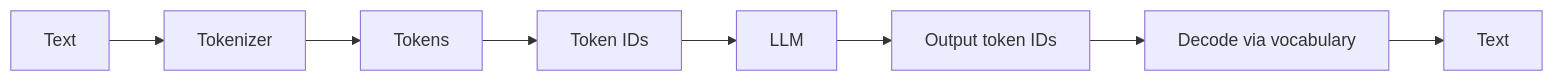
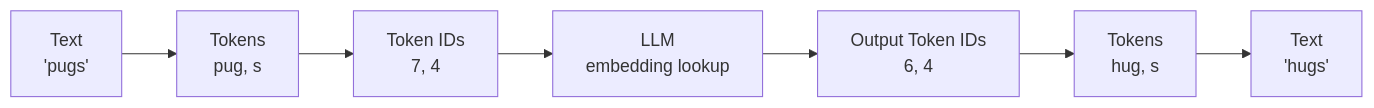
Before and after one commit to kaisarnajar/outcome-school-blogs: the first of 2 diagrams in notes/step-03-generative-ai-and-the-transformer-architecture/048-tokenization-in-llms.md, drawn with Mermaid. The commit also changed other lines of this file and 233 other files, not shown here.

````diff
--- a/notes/step-03-generative-ai-and-the-transformer-architecture/048-tokenization-in-llms.md
+++ b/notes/step-03-generative-ai-and-the-transformer-architecture/048-tokenization-in-llms.md
@@ -51,10 +72,9 @@
 ```mermaid
 flowchart LR
-    A["Text"] --> B["Tokenizer"]
-    B --> C["Tokens"]
-    C --> D["Token IDs"]
-    D --> E["LLM"]
-    E --> F["Output token IDs"]
-    F --> G["Decode via vocabulary"]
-    G --> H["Text"]
+    A1["Text<br/>'pugs'"] --> A2["Tokens<br/>pug, s"]
+    A2 --> A3["Token IDs<br/>7, 4"]
+    A3 --> A4["LLM<br/>embedding lookup"]
+    A4 --> A5["Output Token IDs<br/>6, 4"]
+    A5 --> A6["Tokens<br/>hug, s"]
+    A6 --> A7["Text<br/>'hugs'"]
 ```
````
